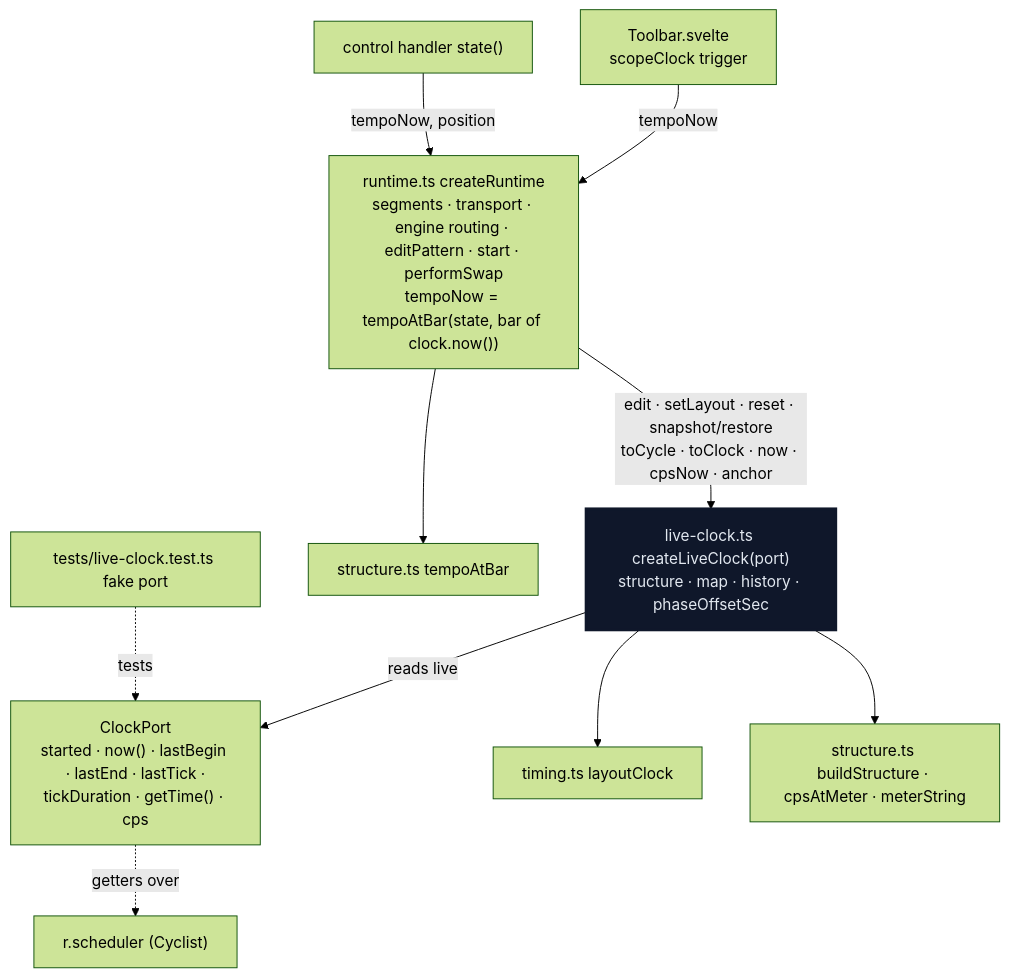
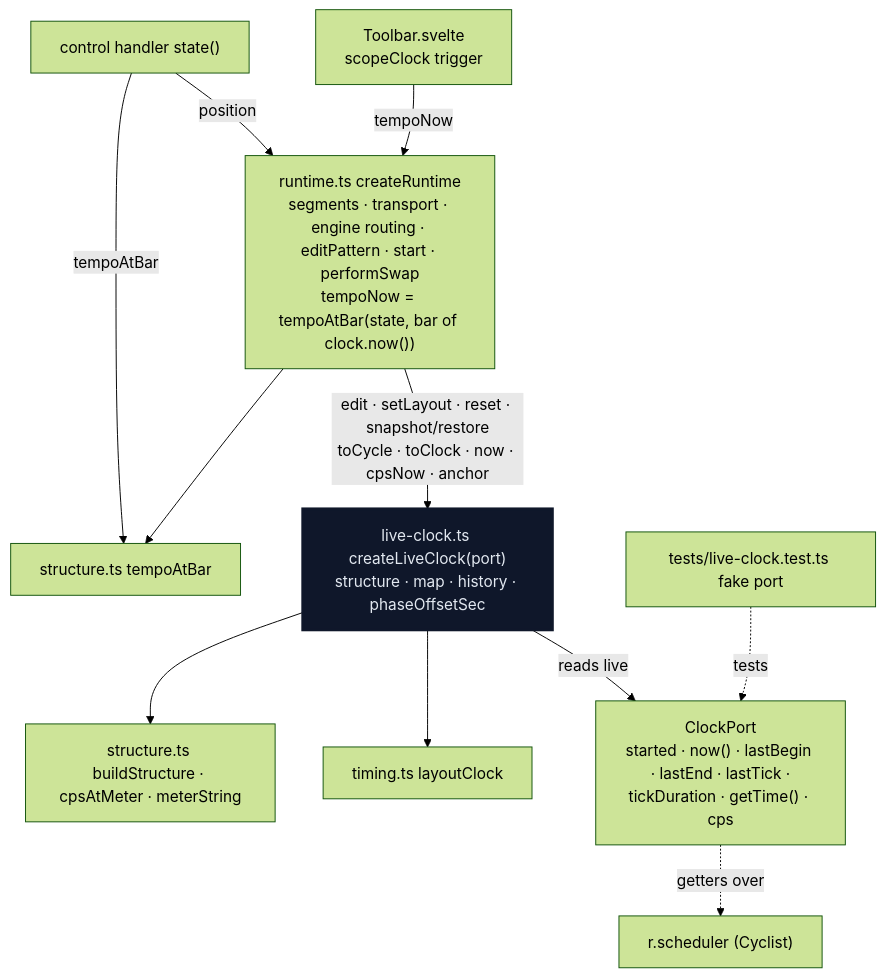
The diagram in plans/0126-runtime-clock.md (rudoi/strudeland), drawn with Mermaid (forest theme) before and after one commit. The commit also changed other lines of this file and 4 other files, not shown here.

````diff
--- a/plans/0126-runtime-clock.md
+++ b/plans/0126-runtime-clock.md
@@ -72,16 +76,17 @@
 ```mermaid
 flowchart TB
   TB["Toolbar.svelte<br/>scopeClock trigger"] -->|tempoNow| RT
-  H["control handler state()"] -->|tempoNow, position| RT
+  H["control handler state()"] -->|position| RT
+  H -->|tempoAtBar| TA
   RT["runtime.ts createRuntime<br/>segments · transport · engine routing · editPattern · start · performSwap<br/>tempoNow = tempoAtBar(state, bar of clock.now())"]
   RT -->|edit · setLayout · reset · snapshot/restore<br/>toCycle · toClock · now · cpsNow · anchor| LC
   LC["live-clock.ts createLiveClock(port)<br/>structure · map · history · phaseOffsetSec"]
   LC -->|reads live| P["ClockPort<br/>started · now() · lastBegin · lastEnd · lastTick ·<br/>tickDuration · getTime() · cps"]
   P -.->|getters over| CY["r.scheduler (Cyclist)"]
   LC --> TM["timing.ts layoutClock"]
   LC --> ST["structure.ts buildStructure · cpsAtMeter · meterString"]
   RT --> TA["structure.ts tempoAtBar"]
   FP["tests/live-clock.test.ts fake port"] -.->|tests| P
   classDef deep fill:#0f172a,color:#e2e8f0,stroke:#0f172a,stroke-width:3px;
   class LC deep
 ```
````
